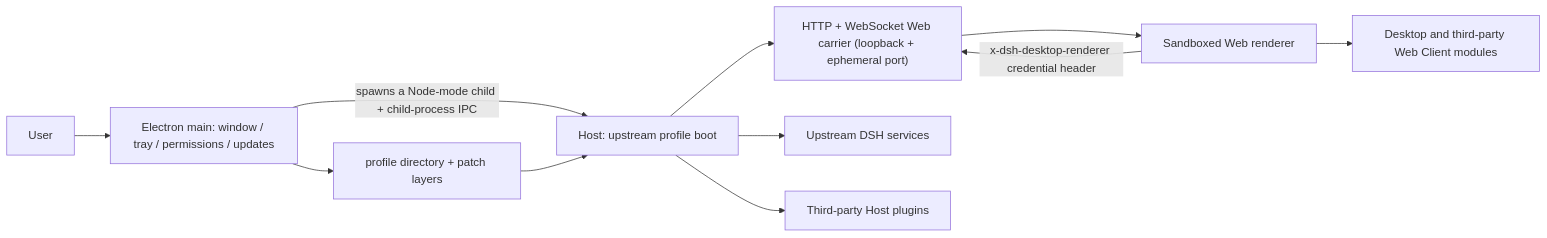
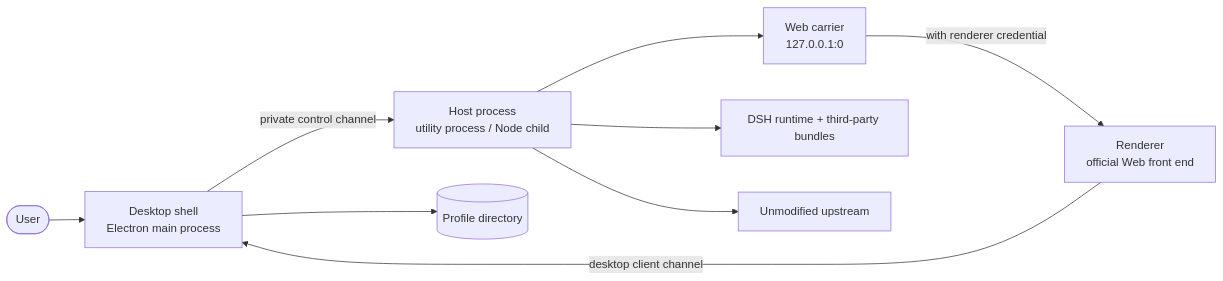
Before and after one commit to NoneadChina/Nonead-DSH-Desktop: the diagram in docs/architecture.en.md, drawn with Mermaid. The commit also changed other lines of this file and 33 other files, not shown here.

````diff
--- a/docs/architecture.en.md
+++ b/docs/architecture.en.md
@@ -12,13 +9,11 @@
 ```mermaid
 flowchart LR
-  User[User] --> Shell[Electron main: window / tray / permissions / updates]
-  Shell -->|"spawns a Node-mode child + child-process IPC"| Host[Host: upstream profile boot]
-  Shell --> Profile["profile directory + patch layers"]
-  Profile --> Host
-  Host --> Carrier["HTTP + WebSocket Web carrier (loopback + ephemeral port)"]
-  Carrier --> Renderer[Sandboxed Web renderer]
-  Host --> Upstream[Upstream DSH services]
-  Host --> ThirdParty[Third-party Host plugins]
-  Renderer -->|"x-dsh-desktop-renderer credential header"| Carrier
-  Renderer --> ClientPlugins["Desktop and third-party Web Client modules"]
+    User([User]) --> Shell[Desktop shell<br/>Electron main process]
+    Shell -- private control channel --> Host[Host process<br/>utility process / Node child]
+    Host --> Carrier[Web carrier<br/>127.0.0.1:0]
+    Carrier -- with renderer credential --> Renderer[Renderer<br/>official Web front end]
+    Renderer -- desktop client channel --> Shell
+    Shell --> Profile[(Profile directory)]
+    Host --> Runtime[DSH runtime + third-party bundles]
+    Host --> Upstream[Unmodified upstream]
 ```
````
